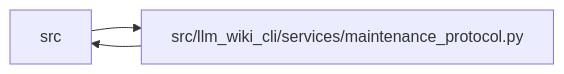
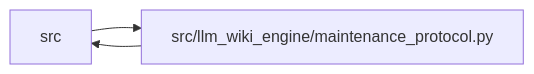
One commit to Denissvgn/python-wiki-llm changed the diagram in docs/llm_wiki/modules/maintenance_protocol.md. Above: the diagram before and after it, drawn with Mermaid. The commit also changed other lines of this file and 1058 other files, not shown here.

````diff
--- a/docs/llm_wiki/modules/maintenance_protocol.md
+++ b/docs/llm_wiki/modules/maintenance_protocol.md
@@ -45,8 +43,8 @@
 ```mermaid
 flowchart LR
     n0["src"]
-    n1["src/llm_wiki_cli/services/maintenance_protocol.py"]
+    n1["src/llm_wiki_engine/maintenance_protocol.py"]
     n0 --> n1
     n1 --> n0
     click n1 "../modules/maintenance_protocol.md"
 ```
````
